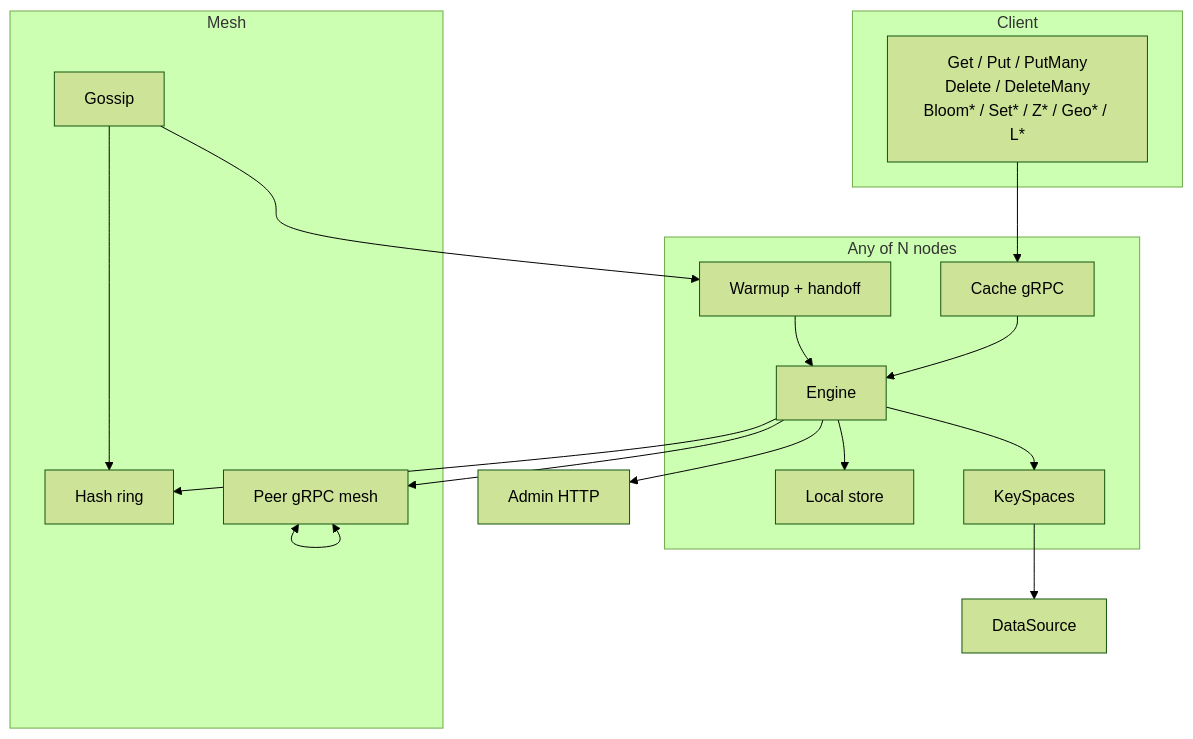
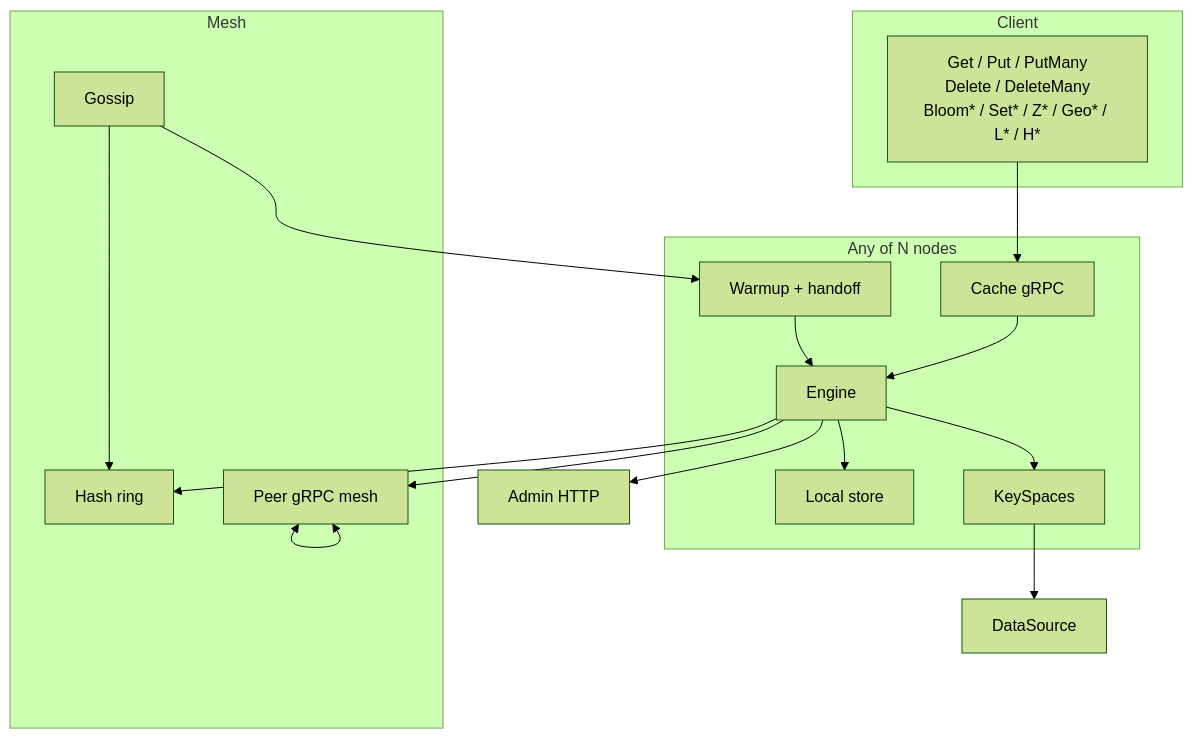
Before and after one commit to Code0987/supercache: diagram 16 of 18 in docs/CLUSTER_FLOWS.md, drawn with Mermaid (forest theme). The commit also changed other lines of this file and 35 other files, not shown here.

````diff
--- a/docs/CLUSTER_FLOWS.md
+++ b/docs/CLUSTER_FLOWS.md
@@ -344,34 +345,34 @@
 ```mermaid
 flowchart TB
   subgraph Client
-    OPS["Get / Put / PutMany<br/>Delete / DeleteMany<br/>Bloom* / Set* / Z* / Geo* / L*"]
+    OPS["Get / Put / PutMany<br/>Delete / DeleteMany<br/>Bloom* / Set* / Z* / Geo* / L* / H*"]
   end
 
   subgraph Node["Any of N nodes"]
     CG["Cache gRPC"]
     EN["Engine"]
     ST["Local store"]
     KS["KeySpaces"]
     WM["Warmup + handoff"]
   end
 
   subgraph Mesh
     RING["Hash ring"]
     PG["Peer gRPC mesh"]
     GOS["Gossip"]
   end
 
   DS["DataSource"]
   ADM["Admin HTTP"]
 
   OPS --> CG --> EN
   EN --> ST
   EN --> KS
   EN --> RING
   EN --> PG
   KS --> DS
   GOS --> RING
   GOS --> WM --> EN
   EN --> ADM
   PG <--> PG
 ```
````
